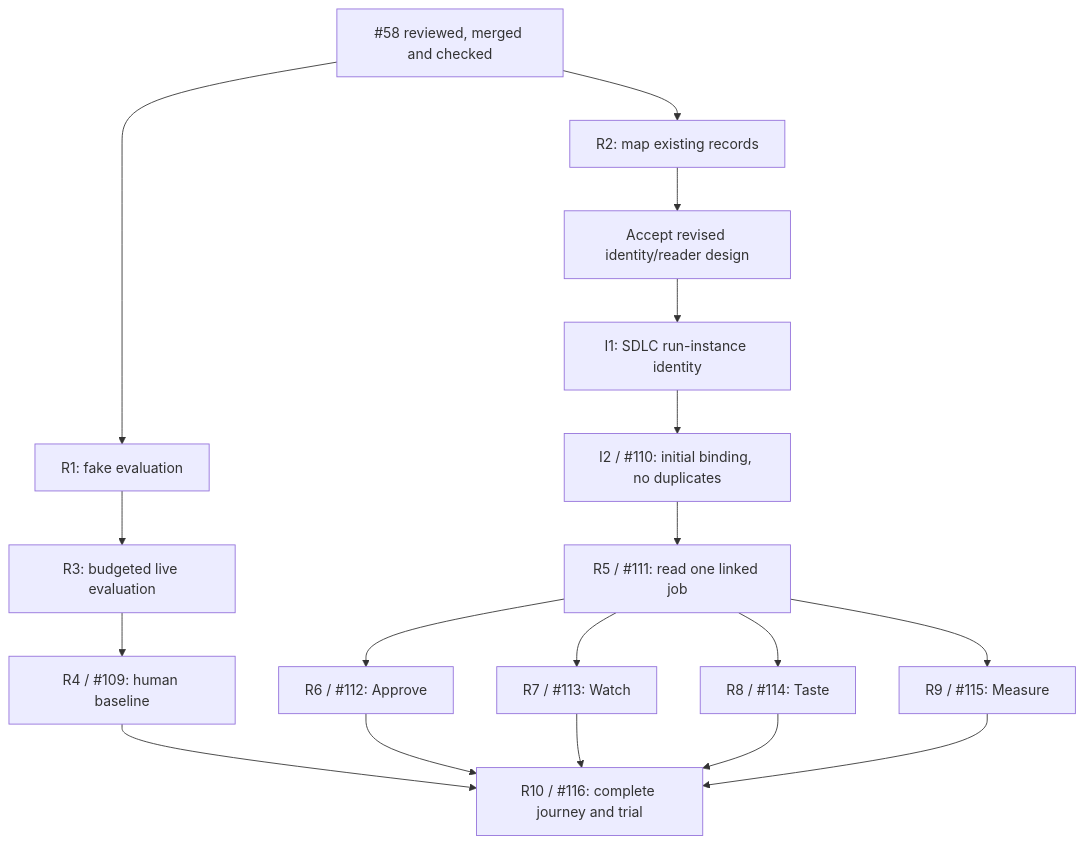
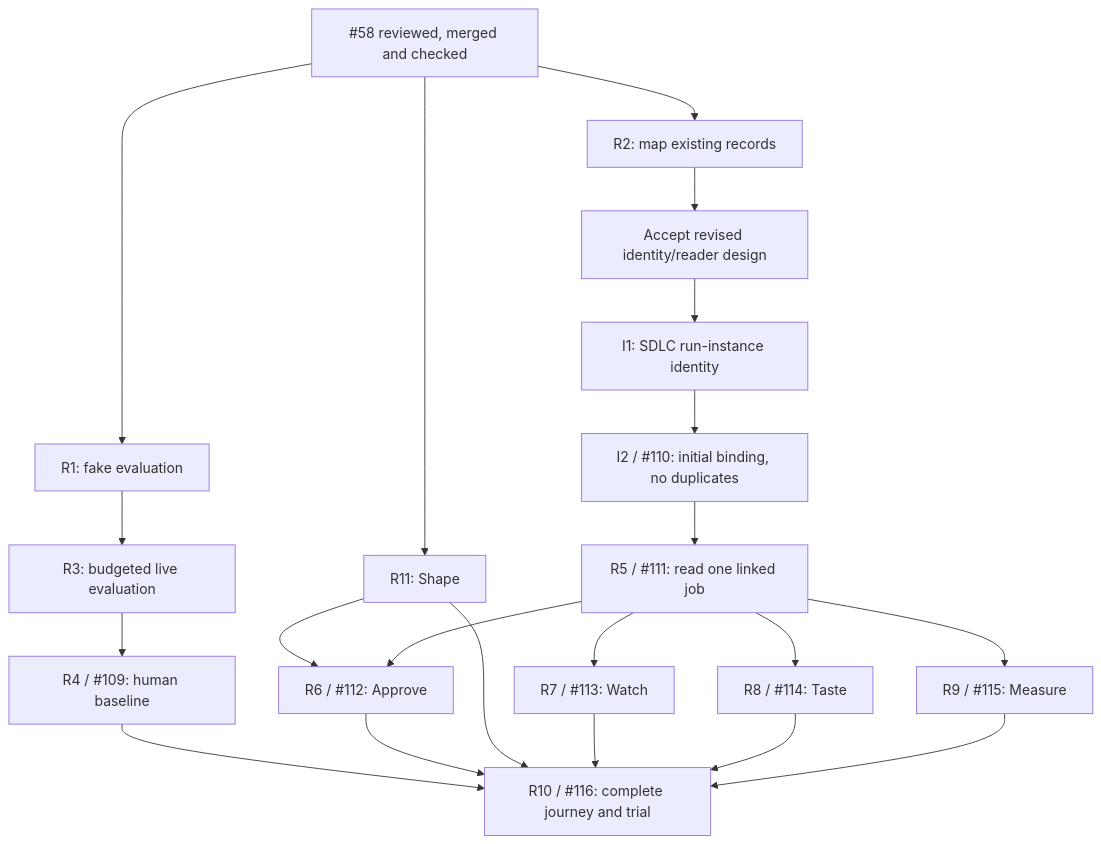
The diagram in docs/design/first-release.md (jon-devlapaz/tinkery), drawn with Mermaid before and after one commit. The commit also changed other lines of this file and 6 other files, not shown here.

````diff
--- a/docs/design/first-release.md
+++ b/docs/design/first-release.md
@@ -81,20 +84,23 @@
 ```mermaid
 flowchart TD
     Done58["#58 reviewed, merged and checked"] --> R1["R1: fake evaluation"]
     Done58 --> R2["R2: map existing records"]
+    Done58 --> R11["R11: Shape"]
+    R11 --> R6
     R1 --> R3["R3: budgeted live evaluation"]
     R3 --> R4["R4 / #109: human baseline"]
     R2 --> Design["Accept revised identity/reader design"]
     Design --> I1["I1: SDLC run-instance identity"]
     I1 --> I2["I2 / #110: initial binding, no duplicates"]
     I2 --> R5["R5 / #111: read one linked job"]
     R5 --> R6["R6 / #112: Approve"]
     R5 --> R7["R7 / #113: Watch"]
     R5 --> R8["R8 / #114: Taste"]
     R5 --> R9["R9 / #115: Measure"]
     R4 --> R10["R10 / #116: complete journey and trial"]
     R6 --> R10
+    R11 --> R10
     R7 --> R10
     R8 --> R10
     R9 --> R10
 ```
````
